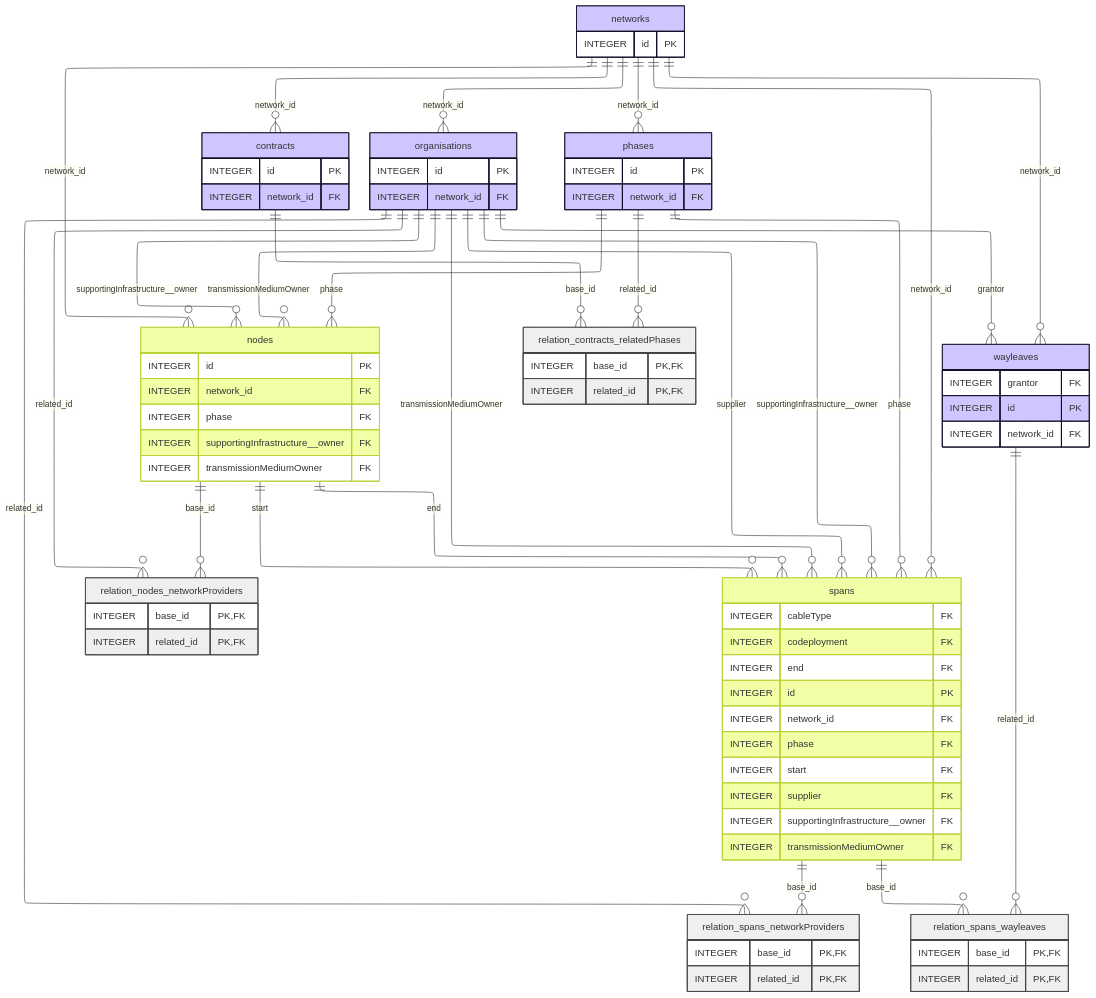
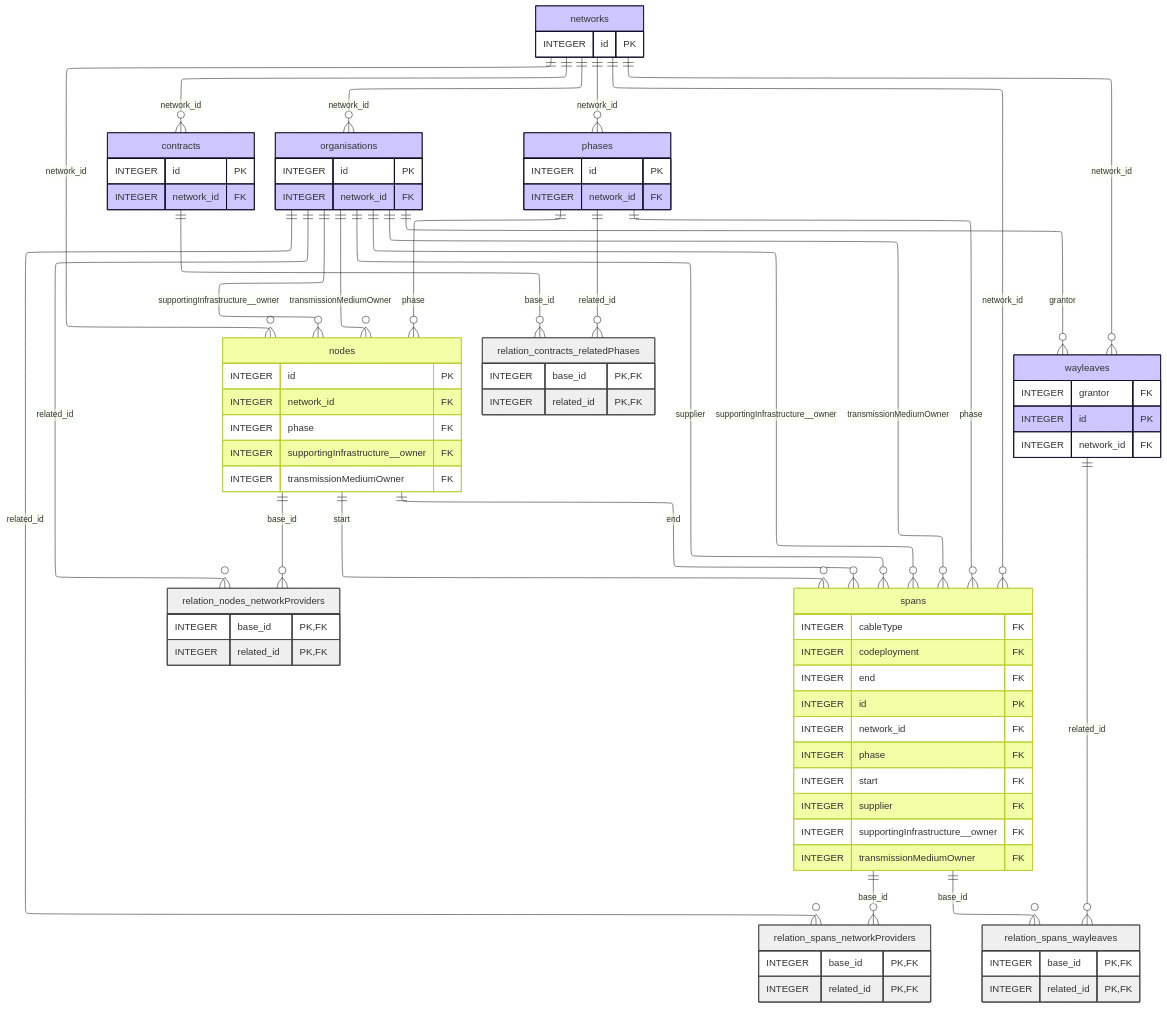
The diagram in docs/reference/publication_formats/geopackage/geopackage.mmd (Open-Telecoms-Data/open-fibre-data-standard), drawn with Mermaid before and after one commit. The commit also changed other lines of this file and 5 other files, not shown here.

```diff
--- a/docs/reference/publication_formats/geopackage/geopackage.mmd
+++ b/docs/reference/publication_formats/geopackage/geopackage.mmd
@@ -1,104 +1,104 @@
 ---
 config:
   layout: elk
 ---
 erDiagram
     contracts {
         INTEGER id PK 
         INTEGER network_id FK 
     }
 
     networks {
         INTEGER id PK 
     }
 
     nodes {
         INTEGER id PK 
         INTEGER network_id FK 
         INTEGER phase FK 
         INTEGER supportingInfrastructure__owner FK 
         INTEGER transmissionMediumOwner FK 
     }
 
     organisations {
         INTEGER id PK 
         INTEGER network_id FK 
     }
 
     phases {
         INTEGER id PK 
         INTEGER network_id FK 
     }
 
     relation_contracts_relatedPhases {
         INTEGER base_id PK,FK 
         INTEGER related_id PK,FK 
     }
 
     relation_nodes_networkProviders {
         INTEGER base_id PK,FK 
         INTEGER related_id PK,FK 
     }
 
     relation_spans_networkProviders {
         INTEGER base_id PK,FK 
         INTEGER related_id PK,FK 
     }
 
     relation_spans_wayleaves {
         INTEGER base_id PK,FK 
         INTEGER related_id PK,FK 
     }
 
     spans {
         INTEGER cableType FK 
         INTEGER codeployment FK 
         INTEGER end FK 
         INTEGER id PK 
         INTEGER network_id FK 
         INTEGER phase FK 
         INTEGER start FK 
         INTEGER supplier FK 
         INTEGER supportingInfrastructure__owner FK 
         INTEGER transmissionMediumOwner FK 
     }
 
     wayleaves {
         INTEGER grantor FK 
         INTEGER id PK 
         INTEGER network_id FK 
     }
 
     contracts }o--|| networks : "network_id"
     relation_contracts_relatedPhases }o--|| contracts : "base_id"
     nodes }o--|| networks : "network_id"
     organisations }o--|| networks : "network_id"
     phases }o--|| networks : "network_id"
     spans }o--|| networks : "network_id"
     wayleaves }o--|| networks : "network_id"
     nodes }o--|| organisations : "supportingInfrastructure__owner"
     nodes }o--|| organisations : "transmissionMediumOwner"
     nodes }o--|| phases : "phase"
     relation_nodes_networkProviders }o--|| nodes : "base_id"
     spans }o--|| nodes : "end"
     spans }o--|| nodes : "start"
     relation_nodes_networkProviders }o--|| organisations : "related_id"
     relation_spans_networkProviders }o--|| organisations : "related_id"
     spans }o--|| organisations : "supplier"
-    wayleaves }o--|| organisations : "grantor"
     spans }o--|| organisations : "supportingInfrastructure__owner"
     spans }o--|| organisations : "transmissionMediumOwner"
+    wayleaves }o--|| organisations : "grantor"
     relation_contracts_relatedPhases }o--|| phases : "related_id"
     spans }o--|| phases : "phase"
     relation_spans_networkProviders }o--|| spans : "base_id"
     relation_spans_wayleaves }o--|| spans : "base_id"
     relation_spans_wayleaves }o--|| wayleaves : "related_id"
 
     classDef feature fill:#f3ffa6ff,stroke:#bbd034
     classDef attribute fill:#cec7ffff,stroke:#110e27
     classDef mapping fill:#efefefff,stroke:#434343ff
 
     class nodes,spans feature
     class networks,organisations,phases,contracts,wayleaves attribute
     class relation_contracts_relatedPhases,relation_spans_networkProviders,relation_spans_wayleaves,relation_nodes_networkProviders mapping
     direction BT
```
